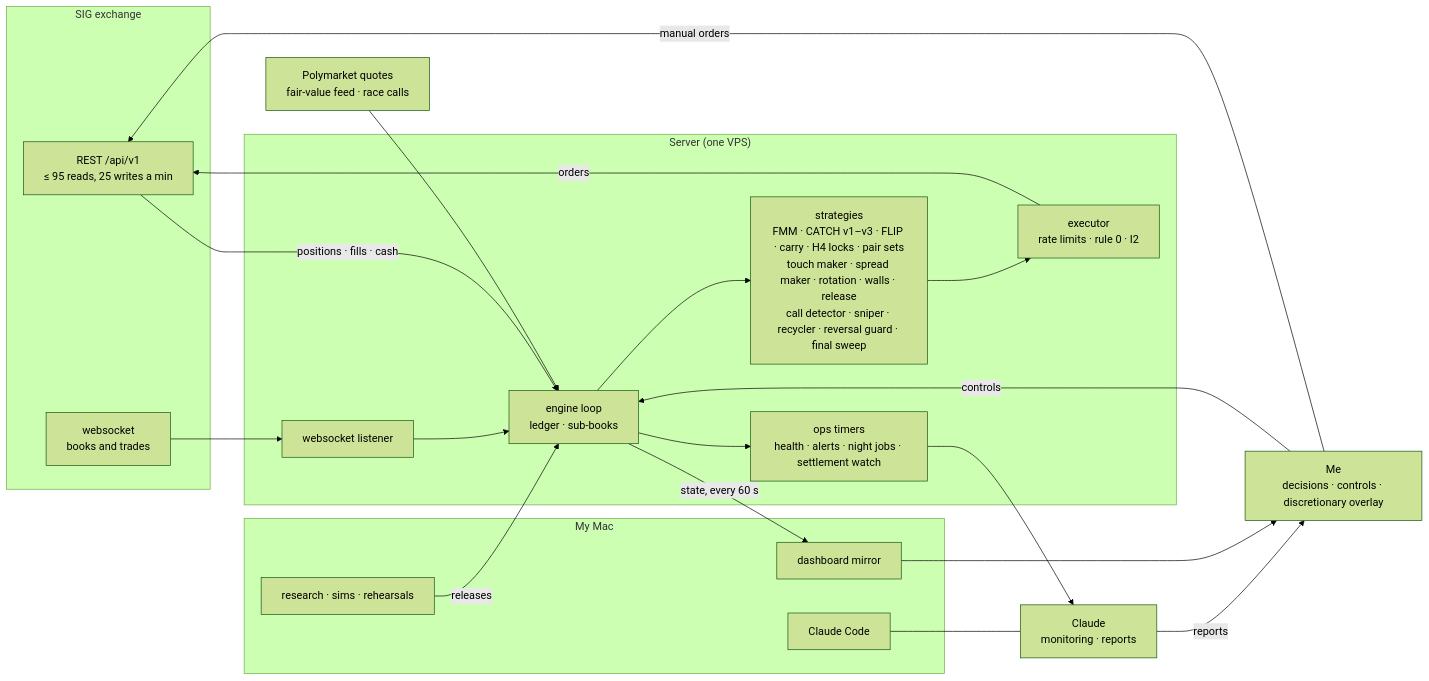
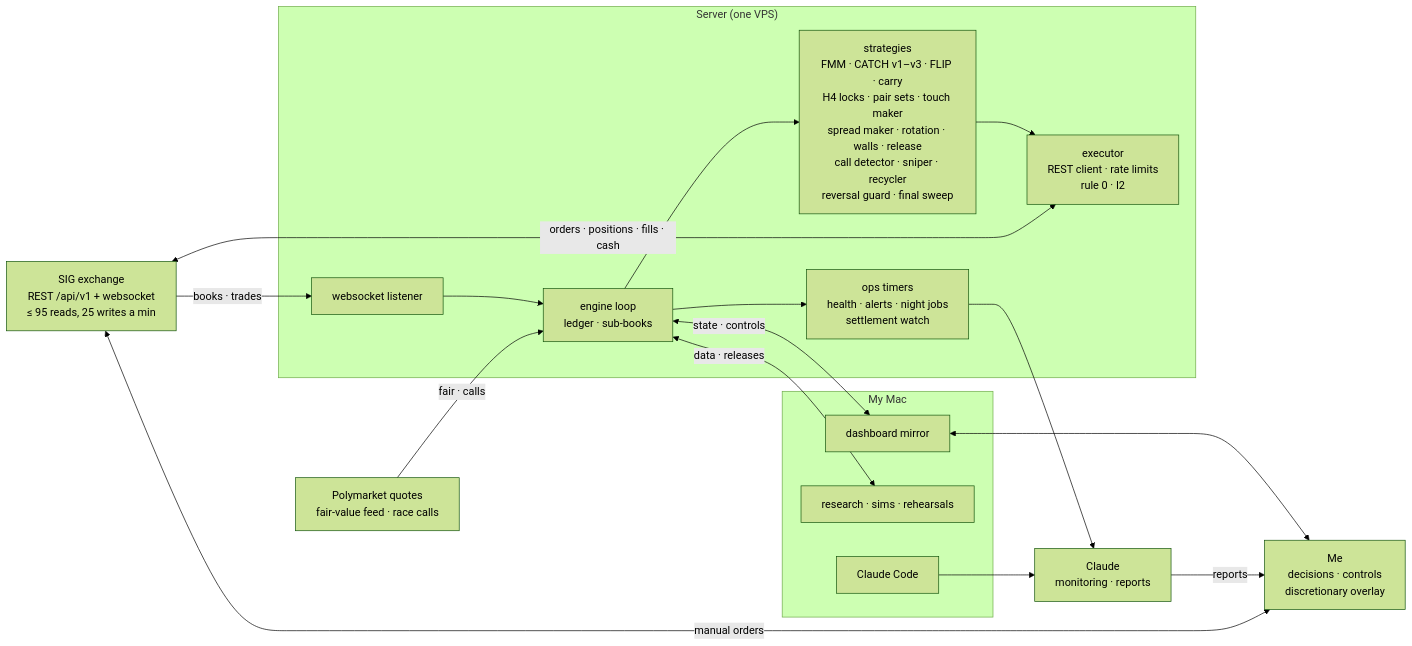
One commit to pieropls/PredictionsCup26 changed the diagram in README.md. Above: the diagram before and after it, drawn with Mermaid (forest theme).

Commit message:
README: clearer system diagram
SIG on the left, the server in the middle, the Mac, the reports and the operator on the right; round trips drawn as two-way edges.

````diff
--- a/README.md
+++ b/README.md
@@ -41,35 +41,31 @@
 ```mermaid
 flowchart LR
-    subgraph SIG["SIG exchange"]
-        REST["REST /api/v1<br/>≤ 95 reads, 25 writes a min"]
-        WSS["websocket<br/>books and trades"]
-    end
+    SIG["SIG exchange<br/>REST /api/v1 + websocket<br/>≤ 95 reads, 25 writes a min"]
     PM["Polymarket quotes<br/>fair-value feed · race calls"]
     subgraph SRV["Server (one VPS)"]
         LIS["websocket listener"]
         ENG["engine loop<br/>ledger · sub-books"]
-        STR["strategies<br/>FMM · CATCH v1–v3 · FLIP · carry · H4 locks · pair sets<br/>touch maker · spread maker · rotation · walls · release<br/>call detector · sniper · recycler · reversal guard · final sweep"]
-        EXE["executor<br/>rate limits · rule 0 · I2"]
-        OPS["ops timers<br/>health · alerts · night jobs · settlement watch"]
+        STR["strategies<br/>FMM · CATCH v1–v3 · FLIP · carry<br/>H4 locks · pair sets · touch maker<br/>spread maker · rotation · walls · release<br/>call detector · sniper · recycler<br/>reversal guard · final sweep"]
+        EXE["executor<br/>REST client · rate limits<br/>rule 0 · I2"]
+        OPS["ops timers<br/>health · alerts · night jobs<br/>settlement watch"]
     end
     subgraph MAC["My Mac"]
         MIR["dashboard mirror"]
         RES["research · sims · rehearsals"]
         CC["Claude Code"]
     end
     CL["Claude<br/>monitoring · reports"]
-    ME["Me<br/>decisions · controls · discretionary overlay"]
-    WSS --> LIS --> ENG
-    REST -->|"positions · fills · cash"| ENG
-    PM --> ENG
-    ENG --> STR --> EXE -->|orders| REST
+    ME["Me<br/>decisions · controls<br/>discretionary overlay"]
+    SIG -->|"books · trades"| LIS --> ENG
+    PM -->|"fair · calls"| ENG
+    ENG --> STR --> EXE
+    SIG <-->|"orders · positions · fills · cash"| EXE
     ENG --> OPS
-    ENG -->|"state, every 60 s"| MIR
-    RES -->|releases| ENG
-    CC --- CL
+    ENG <-->|"state · controls"| MIR
+    ENG <-->|"data · releases"| RES
     OPS --> CL
+    CC --> CL
+    MIR <--> ME
     CL -->|reports| ME
-    MIR --> ME
-    ME -->|controls| ENG
-    ME -->|"manual orders"| REST
+    SIG <-->|"manual orders"| ME
 ```
````
